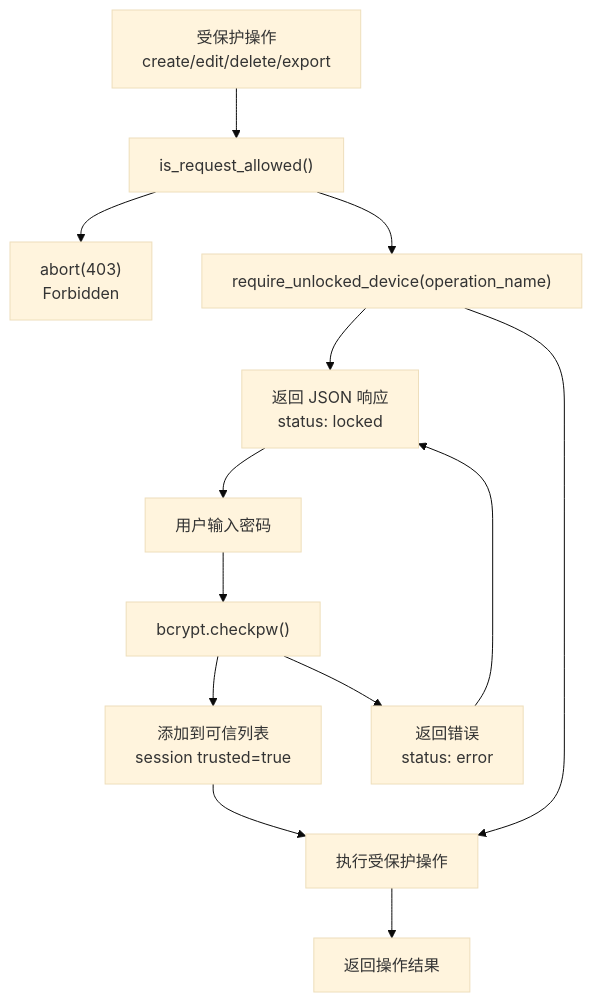
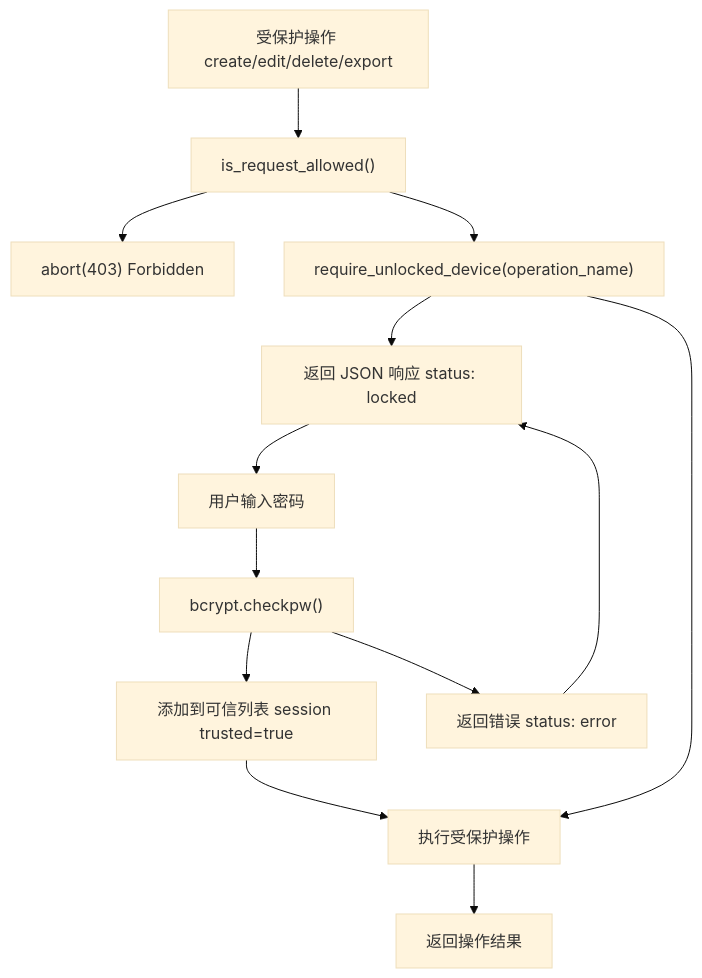
Diagram 29 of 44 in README.md (HKLHaoBin/LyricSphere), drawn with Mermaid (base theme) before and after one commit. The commit also changed other lines of this file, not shown here.

Commit message:
docs: 更新README中的流程图文本格式

````diff
--- a/README.md
+++ b/README.md
@@ -3002,27 +3002,27 @@
 ```mermaid
 flowchart TD
-    Operation["受保护操作\ncreate/edit/delete/export"]
+    Operation["受保护操作 create/edit/delete/export"]
     IsAllowed["is_request_allowed()"]
     RequireUnlock["require_unlocked_device(operation_name)"]
-    Deny403["abort(403)\nForbidden"]
-    PasswordModal["返回 JSON 响应\nstatus: locked"]
+    Deny403["abort(403) Forbidden"]
+    PasswordModal["返回 JSON 响应 status: locked"]
     ExecuteOp["执行受保护操作"]
     UserInput["用户输入密码"]
     PasswordVerify["bcrypt.checkpw()"]
-    MarkTrusted["添加到可信列表\nsession trusted=true"]
-    ErrorResponse["返回错误\nstatus: error"]
+    MarkTrusted["添加到可信列表 session trusted=true"]
+    ErrorResponse["返回错误 status: error"]
     Result["返回操作结果"]
 
     Operation --> IsAllowed
     IsAllowed --> Deny403
     IsAllowed --> RequireUnlock
     RequireUnlock --> PasswordModal
     RequireUnlock --> ExecuteOp
     PasswordModal --> UserInput
     UserInput --> PasswordVerify
     PasswordVerify --> MarkTrusted
     PasswordVerify --> ErrorResponse
     MarkTrusted --> ExecuteOp
     ErrorResponse --> PasswordModal
     ExecuteOp --> Result
 ```
````
